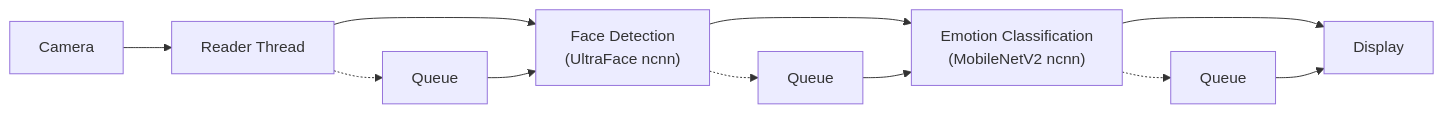
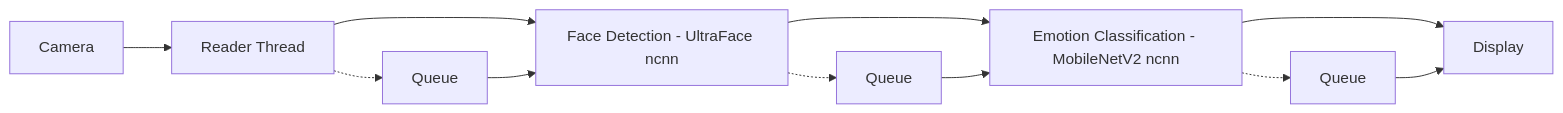
The diagram in src/python/README.md (fw7th/emotion), drawn with Mermaid before and after one commit.

Commit message:
remove parenthesis from rich display

````diff
--- a/src/python/README.md
+++ b/src/python/README.md
@@ -47,15 +47,15 @@
 ```mermaid
 graph LR
     A[Camera] --> B[Reader Thread]
-    B --> C["Face Detection<br/>(UltraFace ncnn)"]
-    C --> D["Emotion Classification<br/>(MobileNetV2 ncnn)"]
+    B --> C[Face Detection - UltraFace ncnn]
+    C --> D[Emotion Classification - MobileNetV2 ncnn]
     D --> E[Display]
-
+    
     B -.-> Q1[Queue]
     C -.-> Q2[Queue]
     D -.-> Q3[Queue]
-
+    
     Q1 --> C
     Q2 --> D
     Q3 --> E
 ```
````
